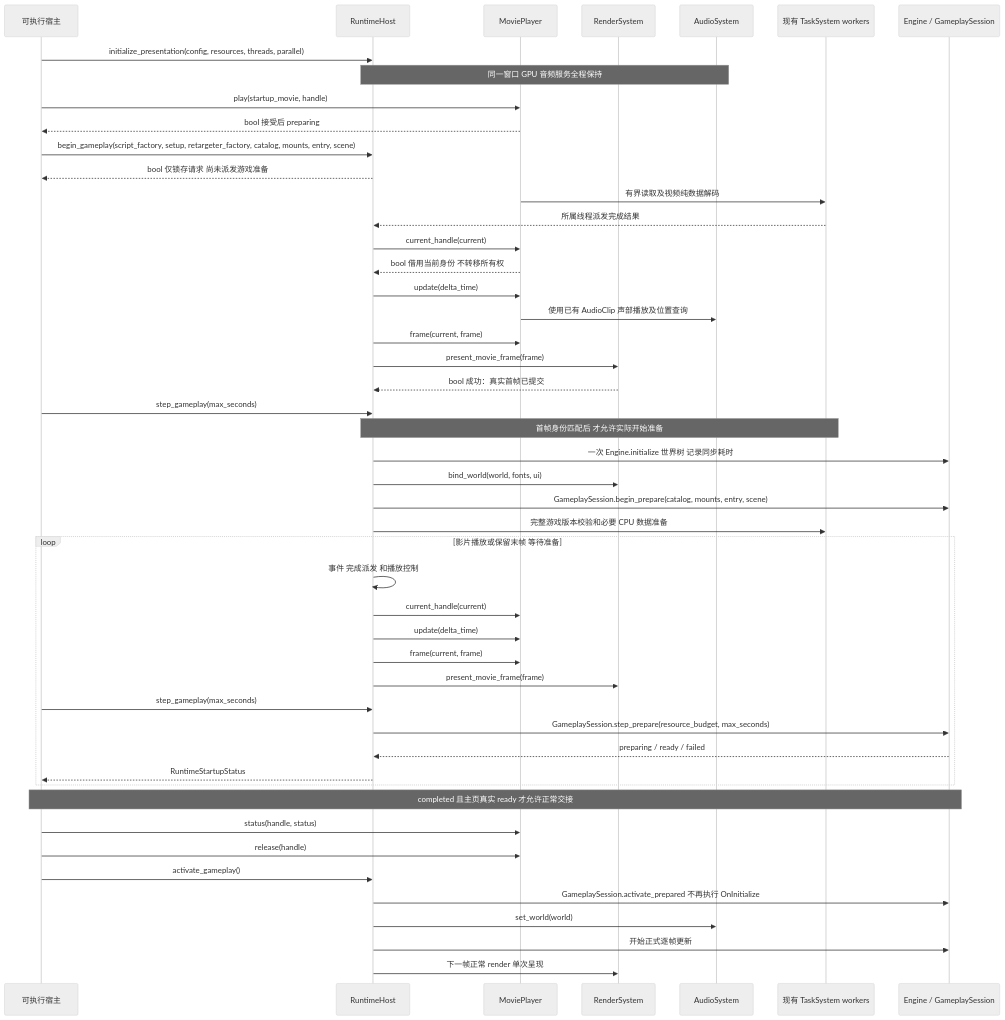
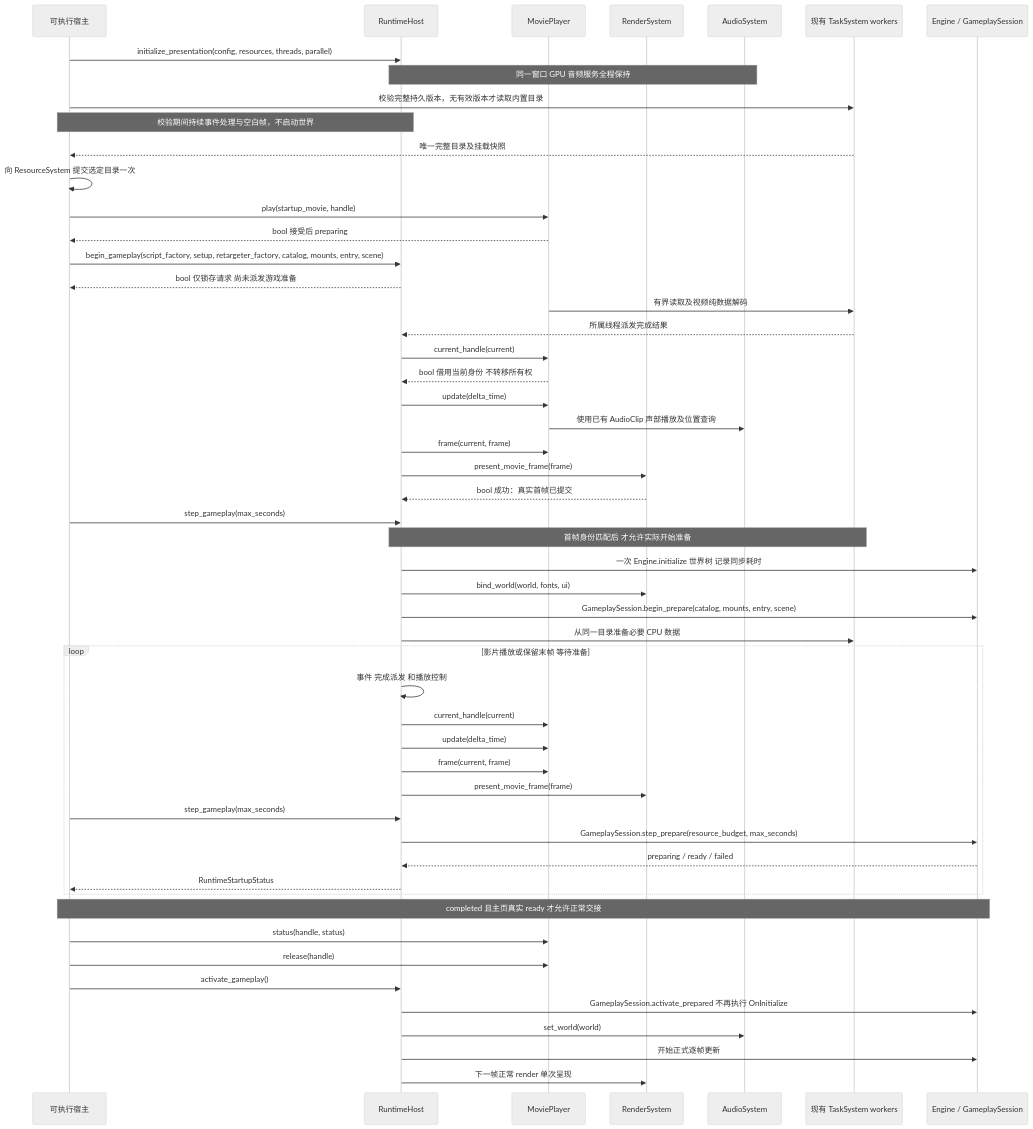
The fourth of 4 diagrams in docs/runtime/class-diagrams/movie-startup.md (lcals/Engine), drawn with Mermaid (neutral theme) before and after one commit. The commit also changed other lines of this file and 44 other files, not shown here.

````diff
--- a/docs/runtime/class-diagrams/movie-startup.md
+++ b/docs/runtime/class-diagrams/movie-startup.md
@@ -234,50 +210,54 @@
 ```mermaid
 sequenceDiagram
     participant Caller as 可执行宿主
     participant Host as RuntimeHost
     participant Player as MoviePlayer
     participant Renderer as RenderSystem
     participant Audio as AudioSystem
     participant Workers as 现有 TaskSystem workers
     participant Game as Engine / GameplaySession
     Caller->>Host: initialize_presentation(config, resources, threads, parallel)
     Note over Host,Audio: 同一窗口 GPU 音频服务全程保持
+    Caller->>Workers: 校验完整持久版本，无有效版本才读取内置目录
+    Note over Caller,Host: 校验期间持续事件处理与空白帧，不启动世界
+    Workers-->>Caller: 唯一完整目录及挂载快照
+    Caller->>Caller: 向 ResourceSystem 提交选定目录一次
     Caller->>Player: play(startup_movie, handle)
     Player-->>Caller: bool 接受后 preparing
     Caller->>Host: begin_gameplay(script_factory, setup, retargeter_factory, catalog, mounts, entry, scene)
     Host-->>Caller: bool 仅锁存请求 尚未派发游戏准备
     Player->>Workers: 有界读取及视频纯数据解码
     Workers-->>Host: 所属线程派发完成结果
     Host->>Player: current_handle(current)
     Player-->>Host: bool 借用当前身份 不转移所有权
     Host->>Player: update(delta_time)
     Player->>Audio: 使用已有 AudioClip 声部播放及位置查询
     Host->>Player: frame(current, frame)
     Host->>Renderer: present_movie_frame(frame)
     Renderer-->>Host: bool 成功：真实首帧已提交
     Caller->>Host: step_gameplay(max_seconds)
     Note over Host,Workers: 首帧身份匹配后 才允许实际开始准备
     Host->>Game: 一次 Engine.initialize 世界树 记录同步耗时
     Host->>Renderer: bind_world(world, fonts, ui)
     Host->>Game: GameplaySession.begin_prepare(catalog, mounts, entry, scene)
-    Host->>Workers: 完整游戏版本校验和必要 CPU 数据准备
+    Host->>Workers: 从同一目录准备必要 CPU 数据
     loop 影片播放或保留末帧 等待准备
         Host->>Host: 事件 完成派发 和播放控制
         Host->>Player: current_handle(current)
         Host->>Player: update(delta_time)
         Host->>Player: frame(current, frame)
         Host->>Renderer: present_movie_frame(frame)
         Caller->>Host: step_gameplay(max_seconds)
         Host->>Game: GameplaySession.step_prepare(resource_budget, max_seconds)
         Game-->>Host: preparing / ready / failed
         Host-->>Caller: RuntimeStartupStatus
     end
     Note over Caller,Game: completed 且主页真实 ready 才允许正常交接
     Caller->>Player: status(handle, status)
     Caller->>Player: release(handle)
     Caller->>Host: activate_gameplay()
     Host->>Game: GameplaySession.activate_prepared 不再执行 OnInitialize
     Host->>Audio: set_world(world)
     Host->>Game: 开始正式逐帧更新
     Host->>Renderer: 下一帧正常 render 单次呈现
 ```
````
